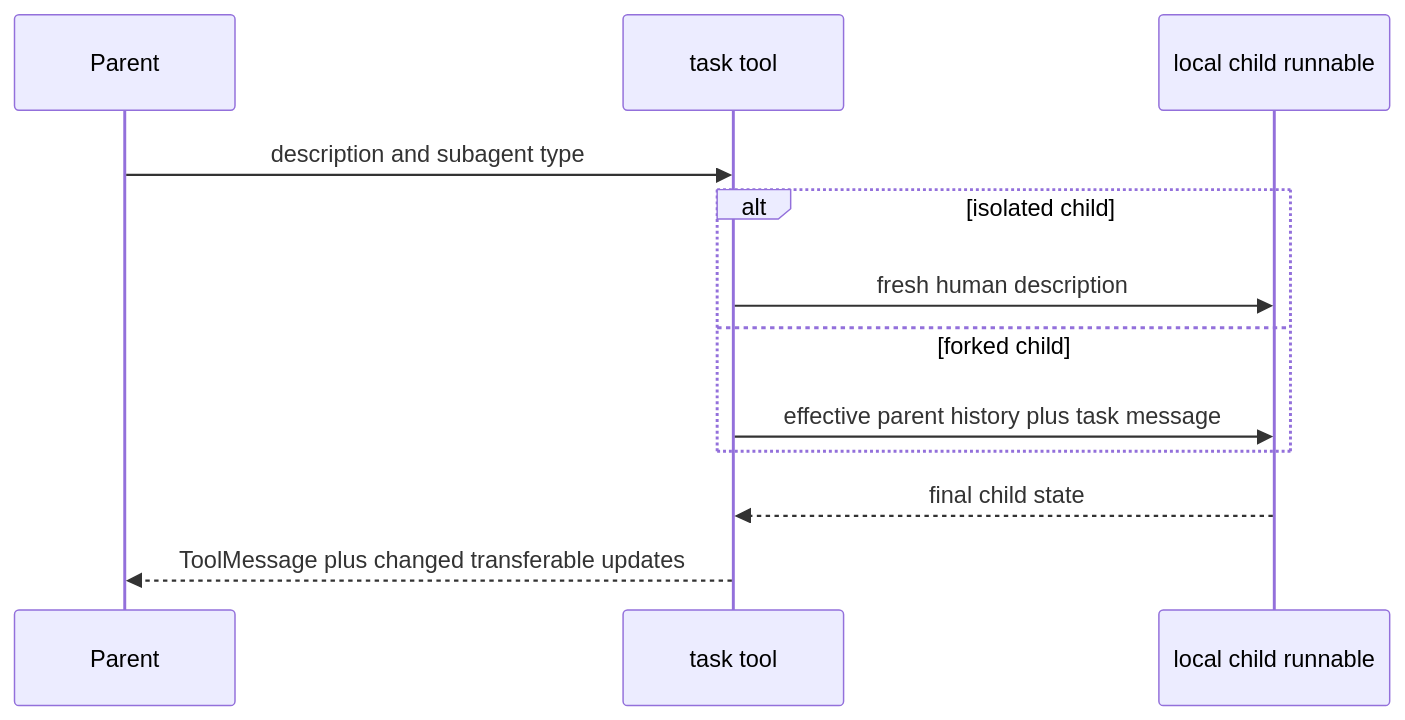
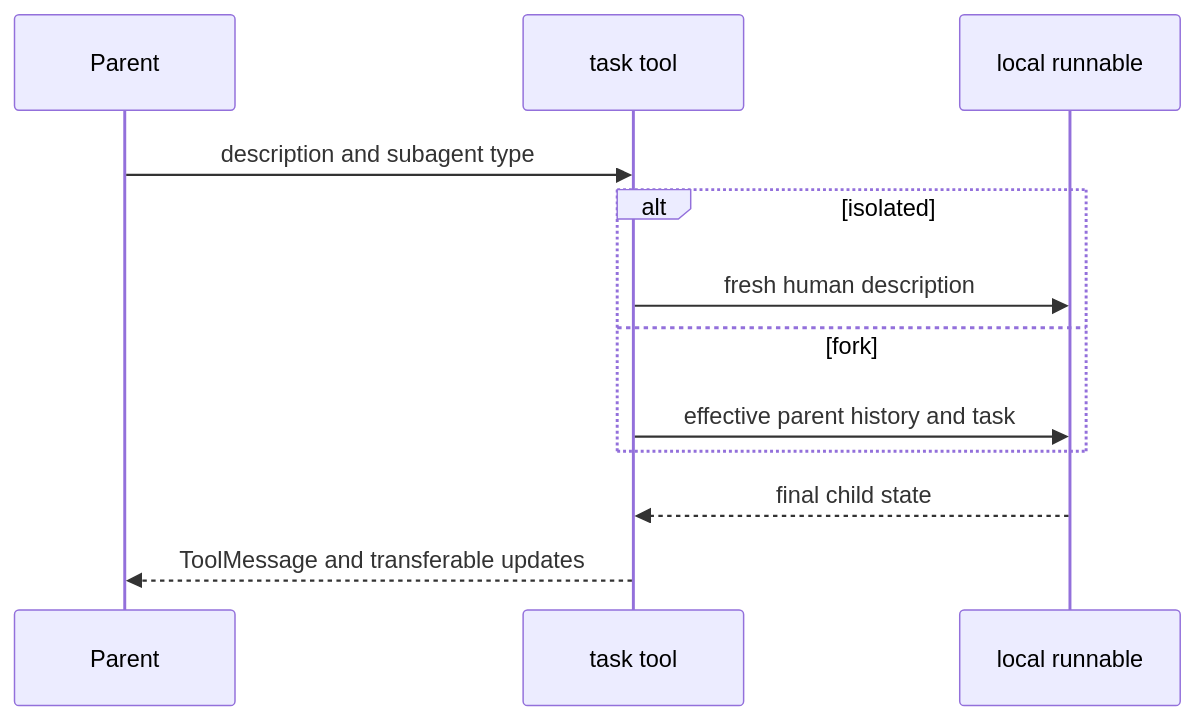
Before and after one commit to langchain-ai/deepagents: the second of 3 diagrams in openwiki/architecture/sdk-construction-execution.md, drawn with Mermaid. The commit also changed other lines of this file and 43 other files, not shown here.

````diff
--- a/openwiki/architecture/sdk-construction-execution.md
+++ b/openwiki/architecture/sdk-construction-execution.md
@@ -84,14 +93,14 @@
 ```mermaid
 sequenceDiagram
     participant Parent
     participant Task as task tool
-    participant Child as local child runnable
+    participant Child as local runnable
     Parent->>Task: description and subagent type
-    alt isolated child
+    alt isolated
         Task->>Child: fresh human description
-    else forked child
-        Task->>Child: effective parent history plus task message
+    else fork
+        Task->>Child: effective parent history and task
     end
     Child-->>Task: final child state
-    Task-->>Parent: ToolMessage plus changed transferable updates
+    Task-->>Parent: ToolMessage and transferable updates
 ```
````
